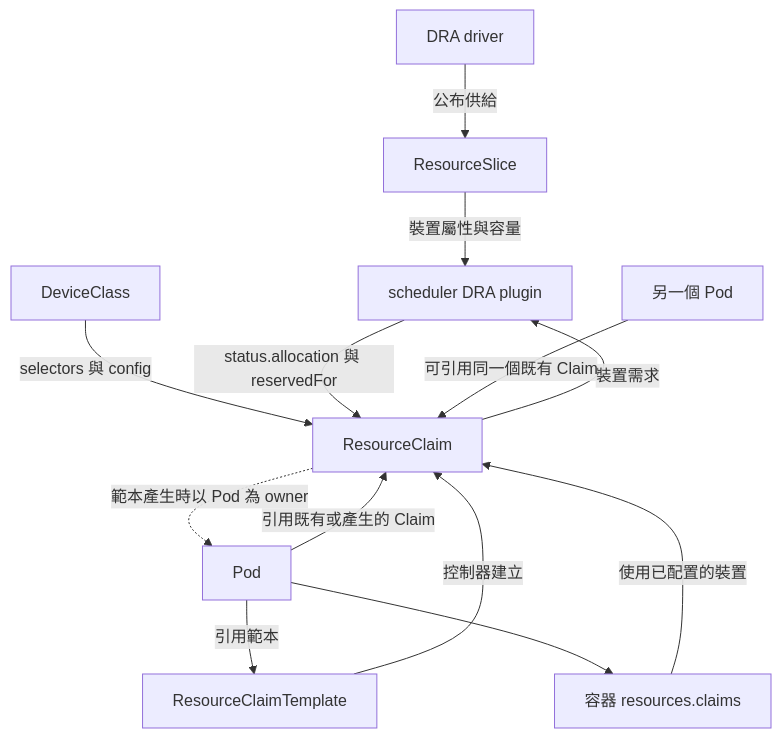
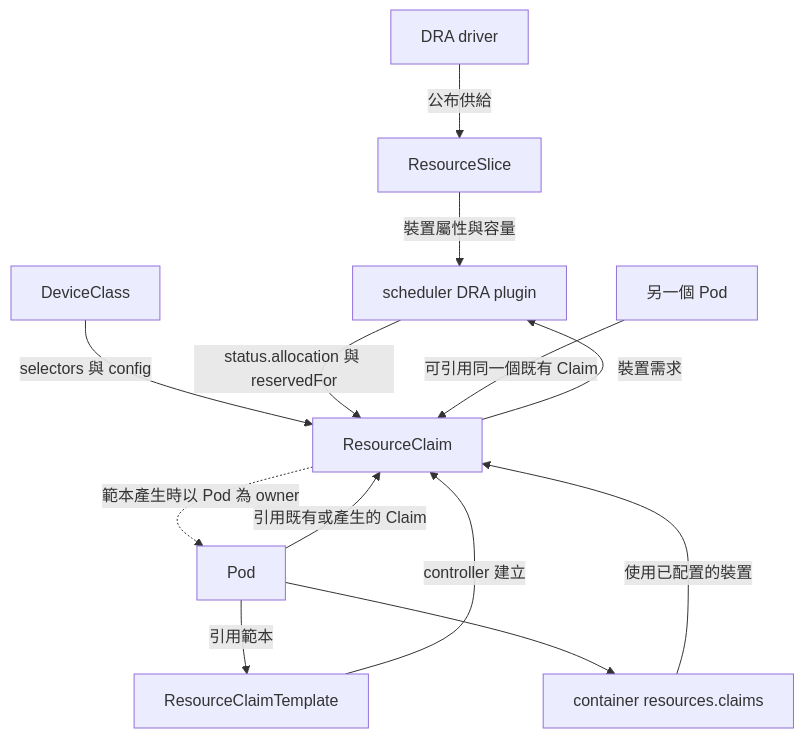
Before and after one commit to Daniel77871/dra-gpu-sharing-in-practice: the first of 2 diagrams in book/01-why-dra/dra-model.md, drawn with Mermaid. The commit also changed other lines of this file and 80 other files, not shown here.

````diff
--- a/book/01-why-dra/dra-model.md
+++ b/book/01-why-dra/dra-model.md
@@ -22,15 +22,15 @@
 ```mermaid
 flowchart TD
   D["DRA driver"] -->|"公布供給"| S["ResourceSlice"]
-  T["ResourceClaimTemplate"] -->|"控制器建立"| C["ResourceClaim"]
+  T["ResourceClaimTemplate"] -->|"controller 建立"| C["ResourceClaim"]
   P["Pod"] -->|"引用範本"| T
   P -->|"引用既有或產生的 Claim"| C
   C -.->|"範本產生時以 Pod 為 owner"| P
   CLASS["DeviceClass"] -->|"selectors 與 config"| C
   C -->|"裝置需求"| A["scheduler DRA plugin"]
   S -->|"裝置屬性與容量"| A
   A -->|"status.allocation 與 reservedFor"| C
-  P --> CT["容器 resources.claims"]
+  P --> CT["container resources.claims"]
   CT -->|"使用已配置的裝置"| C
   P2["另一個 Pod"] -->|"可引用同一個既有 Claim"| C
 ```
````
